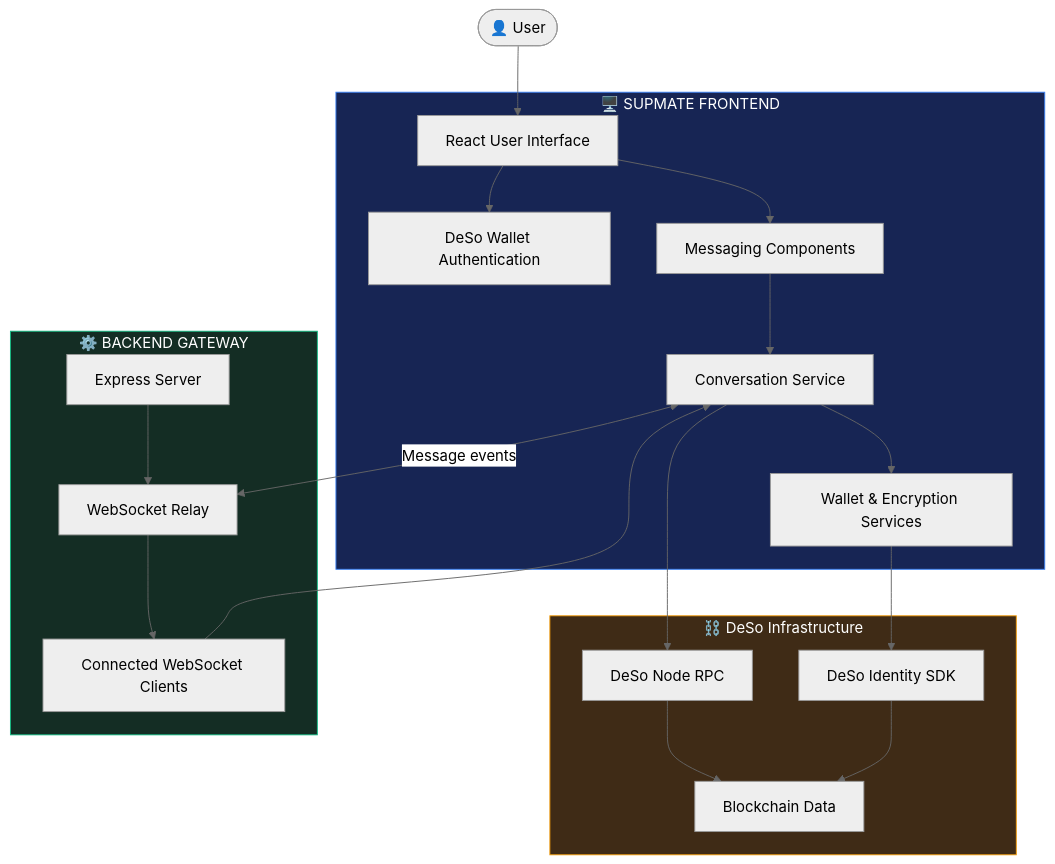
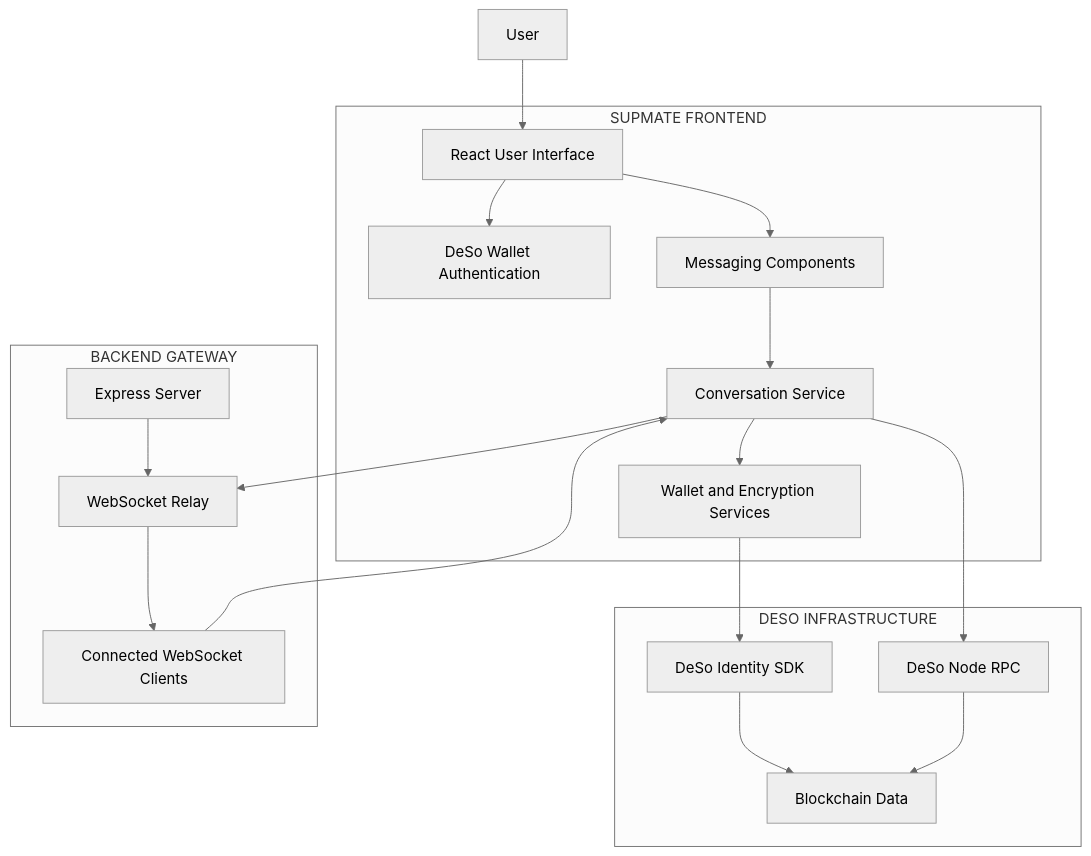
The first of 3 diagrams in README.md (GREYHATTER225/supmate-web3), drawn with Mermaid (neutral theme) before and after one commit. The commit also changed other lines of this file, not shown here.

````diff
--- a/README.md
+++ b/README.md
@@ -129,46 +147,42 @@
 ```mermaid
-flowchart TB
+flowchart TD
 
-    USER(["👤 User"])
+    USER["User"]
 
-    subgraph FRONTEND["🖥️ SUPMATE FRONTEND"]
+    subgraph FRONTEND["SUPMATE FRONTEND"]
         UI["React User Interface"]
         AUTH["DeSo Wallet Authentication"]
         MSG["Messaging Components"]
         SERVICE["Conversation Service"]
-        WALLET["Wallet & Encryption Services"]
+        WALLET["Wallet and Encryption Services"]
 
         UI --> AUTH
         UI --> MSG
         MSG --> SERVICE
         SERVICE --> WALLET
     end
 
-    subgraph BLOCKCHAIN["⛓️ DeSo Infrastructure"]
+    subgraph BLOCKCHAIN["DESO INFRASTRUCTURE"]
+        SDK["DeSo Identity SDK"]
         RPC["DeSo Node RPC"]
-        IDENTITY["DeSo Identity SDK"]
-        CHAIN["Blockchain Data"]
-        
-        WALLET --> IDENTITY
+        DATA["Blockchain Data"]
+
+        WALLET --> SDK
         SERVICE --> RPC
-        RPC --> CHAIN
-        IDENTITY --> CHAIN
+        SDK --> DATA
+        RPC --> DATA
     end
 
-    subgraph BACKEND["⚙️ BACKEND GATEWAY"]
+    subgraph BACKEND["BACKEND GATEWAY"]
         EXPRESS["Express Server"]
         WS["WebSocket Relay"]
         CLIENTS["Connected WebSocket Clients"]
 
         EXPRESS --> WS
         WS --> CLIENTS
     end
 
     USER --> UI
-    SERVICE <-->|"Message events"| WS
+    SERVICE --> WS
     CLIENTS --> SERVICE
-
-    style FRONTEND fill:#172554,stroke:#3B82F6,color:#FFFFFF
-    style BLOCKCHAIN fill:#3F2B16,stroke:#F59E0B,color:#FFFFFF
-    style BACKEND fill:#142D24,stroke:#10B981,color:#FFFFFF
 ```
````
